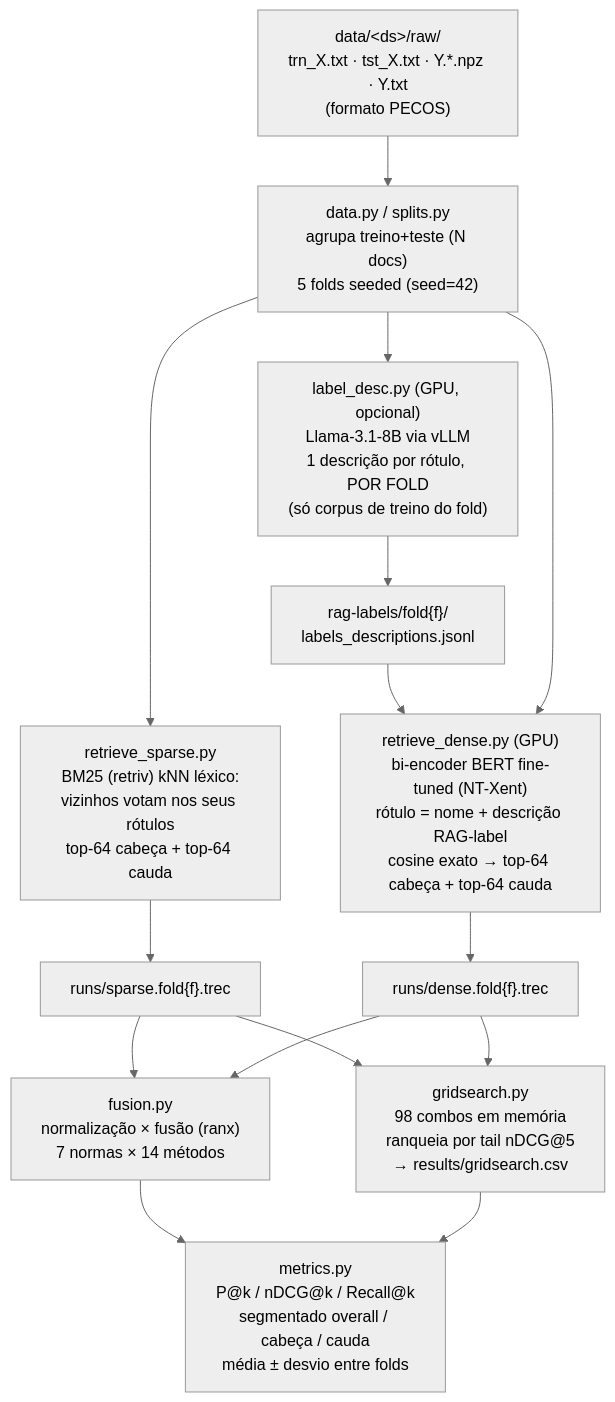
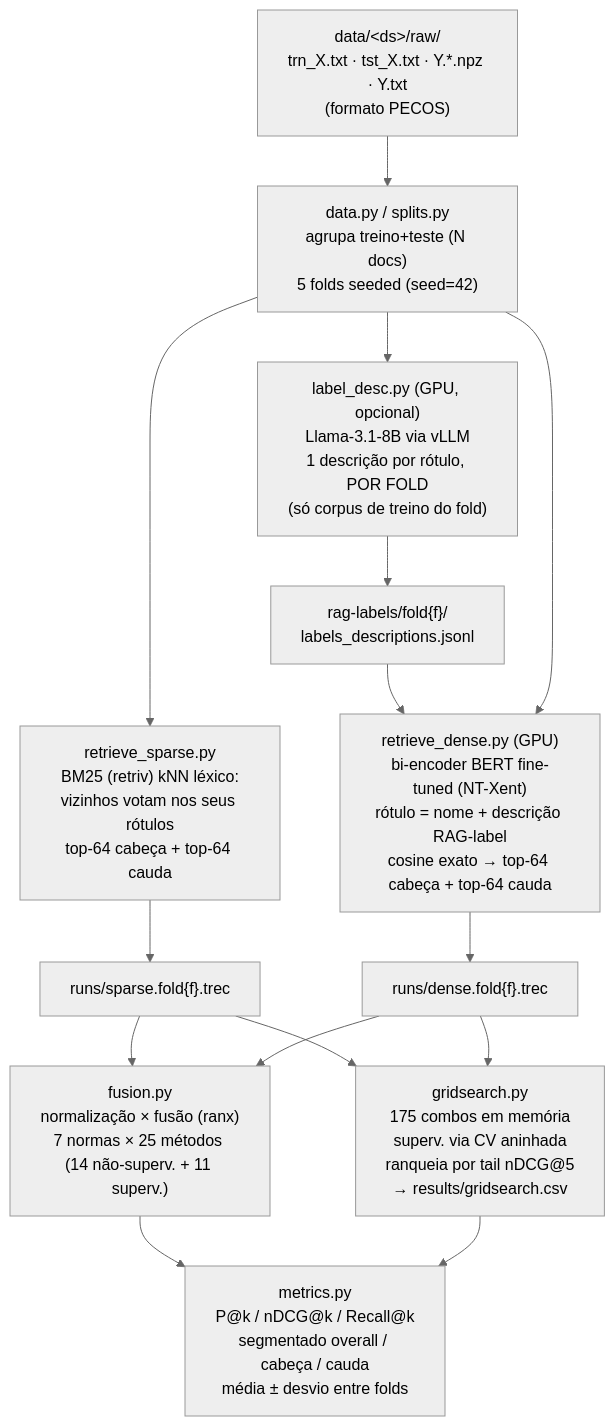
The diagram in DOCUMENTACAO_TECNICA.md (Neves-Daniel/rank-fusion), drawn with Mermaid (neutral theme) before and after one commit. The commit also changed other lines of this file and 6 other files, not shown here.

First line of the commit message:
fusão: grade completa de 25 algoritmos (11 supervisionados via CV aninhada)

````diff
--- a/DOCUMENTACAO_TECNICA.md
+++ b/DOCUMENTACAO_TECNICA.md
@@ -105,25 +106,25 @@
 ```mermaid
 flowchart TD
     RAW["data/&lt;ds&gt;/raw/<br/>trn_X.txt · tst_X.txt · Y.*.npz · Y.txt<br/>(formato PECOS)"]
     DATA["data.py / splits.py<br/>agrupa treino+teste (N docs)<br/>5 folds seeded (seed=42)"]
     LD["label_desc.py (GPU, opcional)<br/>Llama-3.1-8B via vLLM<br/>1 descrição por rótulo, POR FOLD<br/>(só corpus de treino do fold)"]
     JSONL["rag-labels/fold{f}/<br/>labels_descriptions.jsonl"]
     SP["retrieve_sparse.py<br/>BM25 (retriv) kNN léxico:<br/>vizinhos votam nos seus rótulos<br/>top-64 cabeça + top-64 cauda"]
     DE["retrieve_dense.py (GPU)<br/>bi-encoder BERT fine-tuned (NT-Xent)<br/>rótulo = nome + descrição RAG-label<br/>cosine exato → top-64 cabeça + top-64 cauda"]
     RUNS_S["runs/sparse.fold{f}.trec"]
     RUNS_D["runs/dense.fold{f}.trec"]
-    FUS["fusion.py<br/>normalização × fusão (ranx)<br/>7 normas × 14 métodos"]
+    FUS["fusion.py<br/>normalização × fusão (ranx)<br/>7 normas × 25 métodos (14 não-superv. + 11 superv.)"]
     MET["metrics.py<br/>P@k / nDCG@k / Recall@k<br/>segmentado overall / cabeça / cauda<br/>média ± desvio entre folds"]
-    GRID["gridsearch.py<br/>98 combos em memória<br/>ranqueia por tail nDCG@5<br/>→ results/gridsearch.csv"]
+    GRID["gridsearch.py<br/>175 combos em memória<br/>superv. via CV aninhada<br/>ranqueia por tail nDCG@5<br/>→ results/gridsearch.csv"]
 
     RAW --> DATA
     DATA --> LD --> JSONL --> DE
     DATA --> SP --> RUNS_S
     DATA --> DE --> RUNS_D
     RUNS_S --> FUS
     RUNS_D --> FUS
     FUS --> MET
     RUNS_S --> GRID
     RUNS_D --> GRID
     GRID --> MET
 ```
````
